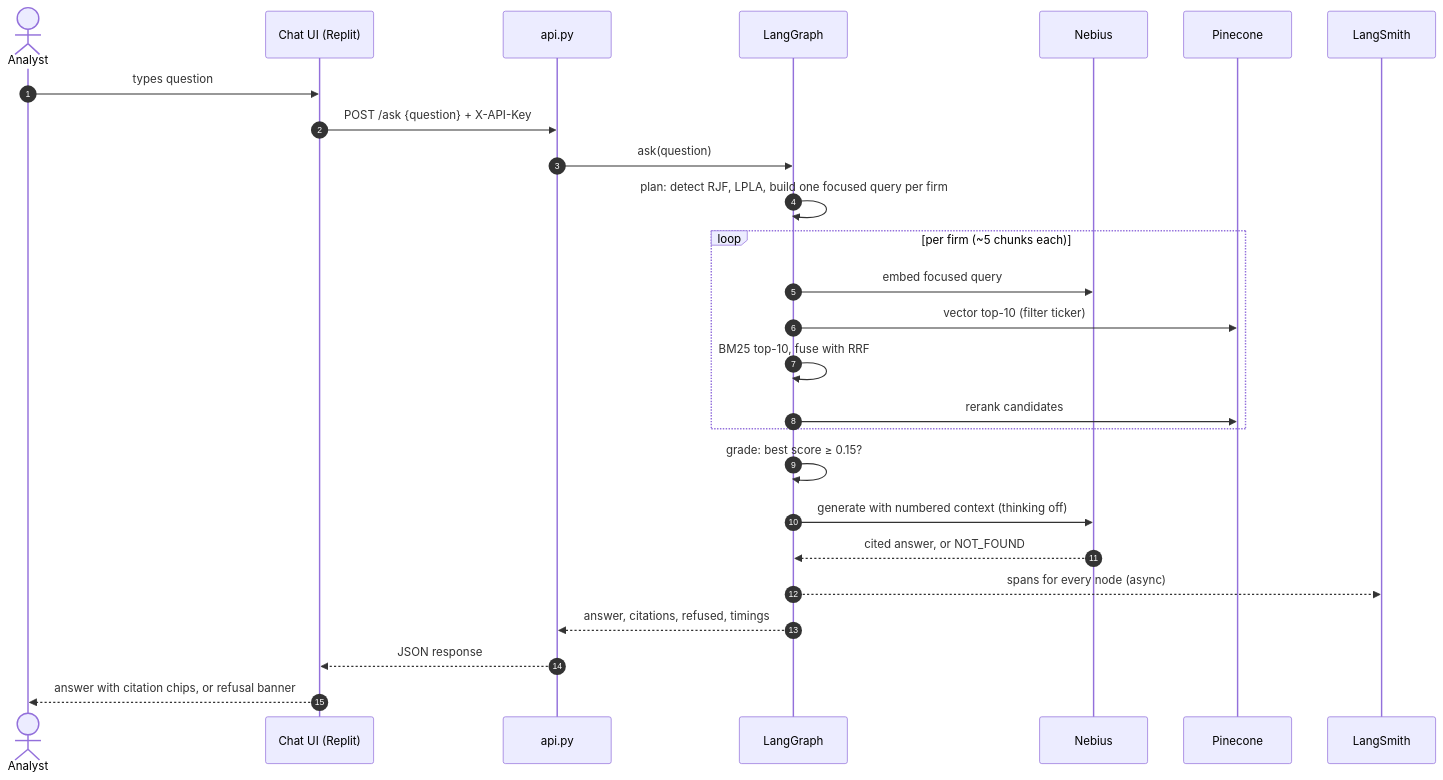
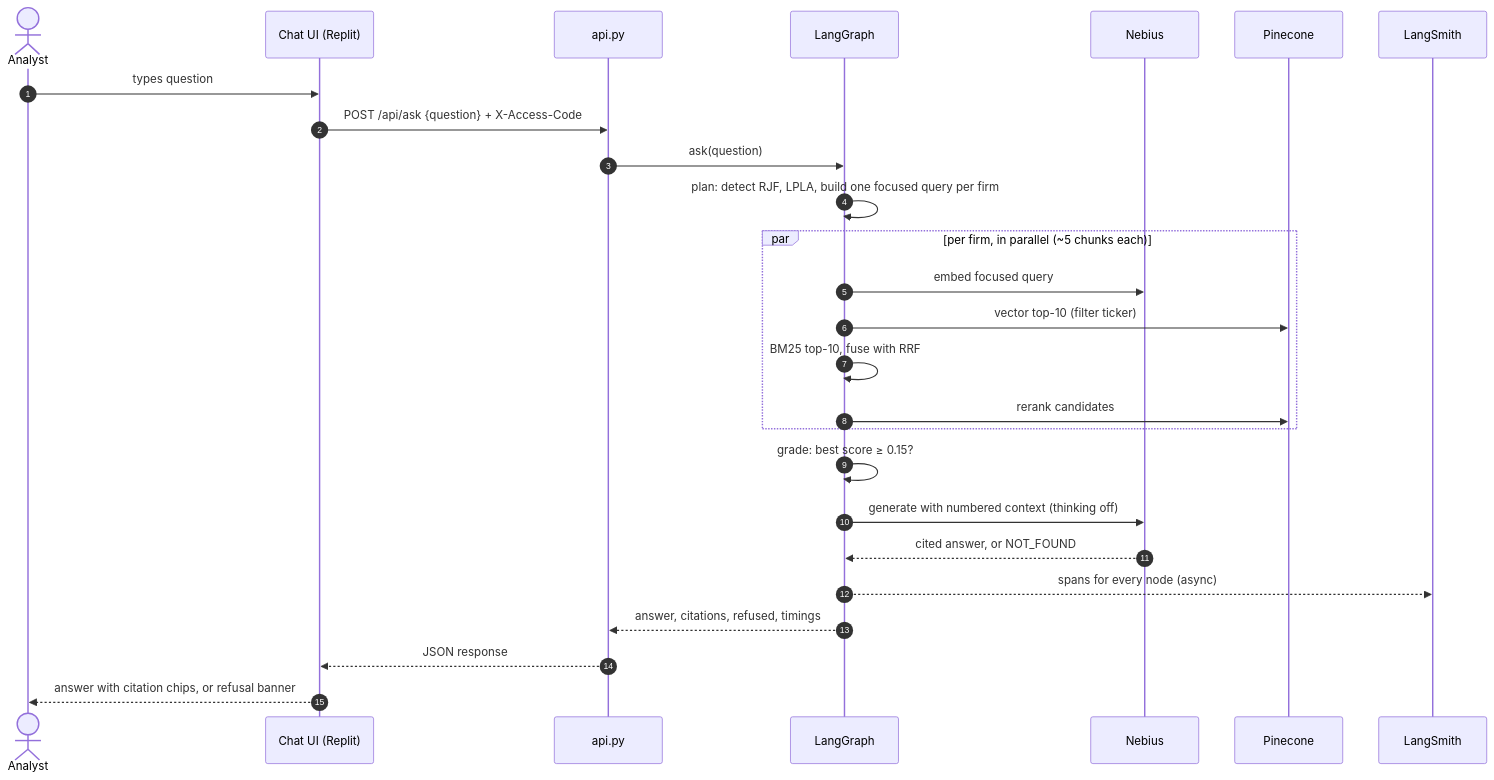
Before and after one commit to kdhandapani-hub/filing-lens: the second of 3 diagrams in docs/ARCHITECTURE.md, drawn with Mermaid. The commit also changed other lines of this file and 20 other files, not shown here.

Commit message:
Day 3: full eval (22x8), EVALUATION.md, FastAPI + Replit setup, parallel comparison retrieval

````diff
--- a/docs/ARCHITECTURE.md
+++ b/docs/ARCHITECTURE.md
@@ -66,29 +66,29 @@
 ```mermaid
 sequenceDiagram
   autonumber
   actor A as Analyst
   participant UI as Chat UI (Replit)
   participant API as api.py
   participant G as LangGraph
   participant N as Nebius
   participant P as Pinecone
   participant L as LangSmith
 
   A->>UI: types question
-  UI->>API: POST /ask {question} + X-API-Key
+  UI->>API: POST /api/ask {question} + X-Access-Code
   API->>G: ask(question)
   G->>G: plan: detect RJF, LPLA, build one focused query per firm
-  loop per firm (~5 chunks each)
+  par per firm, in parallel (~5 chunks each)
     G->>N: embed focused query
     G->>P: vector top-10 (filter ticker)
     G->>G: BM25 top-10, fuse with RRF
     G->>P: rerank candidates
   end
   G->>G: grade: best score ≥ 0.15?
   G->>N: generate with numbered context (thinking off)
   N-->>G: cited answer, or NOT_FOUND
   G-->>L: spans for every node (async)
   G-->>API: answer, citations, refused, timings
   API-->>UI: JSON response
   UI-->>A: answer with citation chips, or refusal banner
 ```
````
